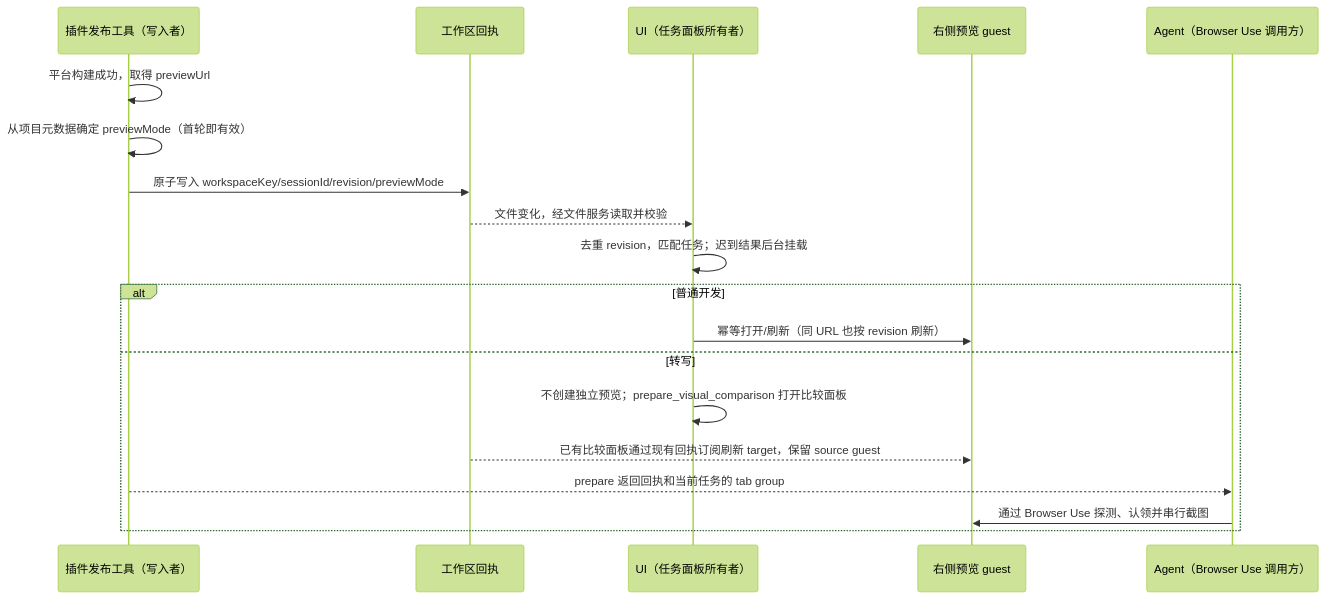
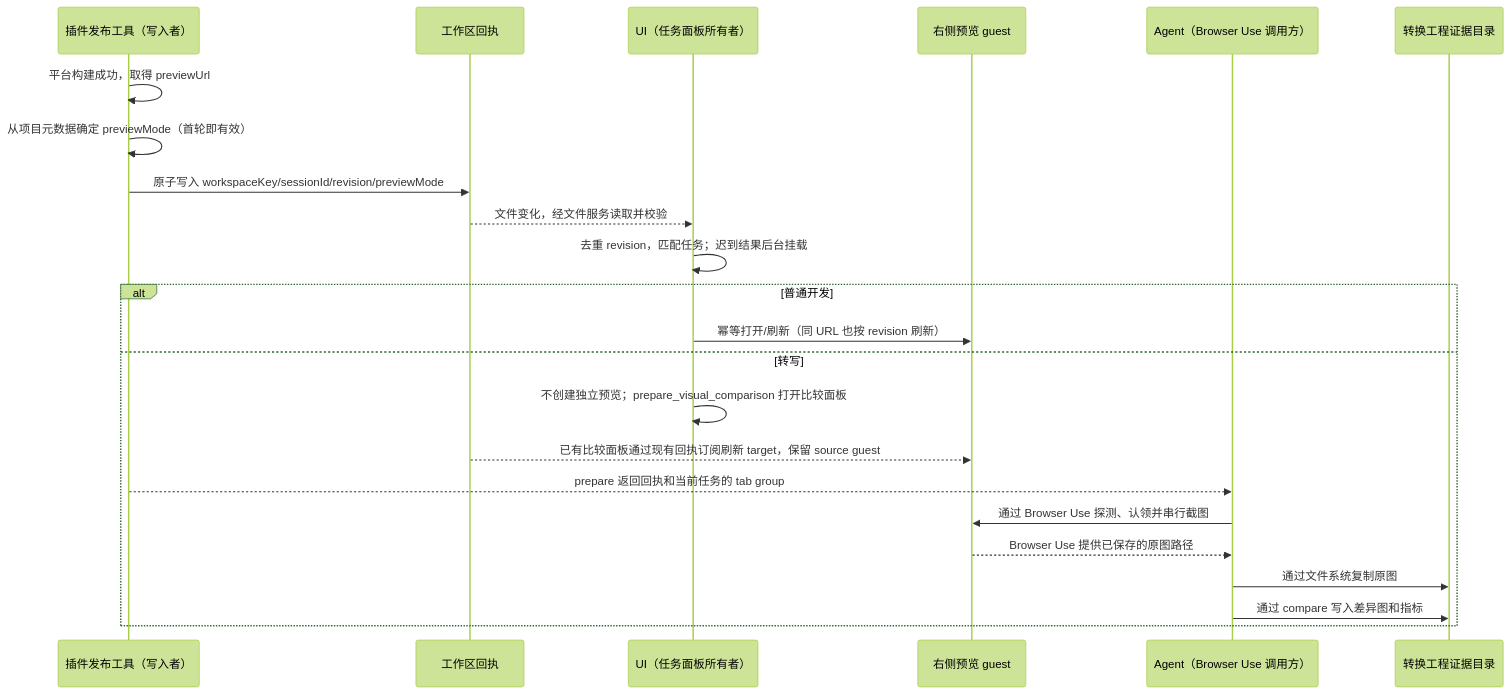
One commit to kaying-ai/KayingCode changed the diagram in apps/zcode-cli/packages/kaying-for-taptap-plugin/spec/preview-workflow.md. Above: the diagram before and after it, drawn with Mermaid (forest theme). The commit also changed other lines of this file and 21 other files, not shown here.

````diff
--- a/apps/zcode-cli/packages/kaying-for-taptap-plugin/spec/preview-workflow.md
+++ b/apps/zcode-cli/packages/kaying-for-taptap-plugin/spec/preview-workflow.md
@@ -19,21 +19,25 @@
 ```mermaid
 sequenceDiagram
     participant P as 插件发布工具（写入者）
     participant R as 工作区回执
     participant U as UI（任务面板所有者）
     participant G as 右侧预览 guest
     participant A as Agent（Browser Use 调用方）
+    participant E as 转换工程证据目录
     P->>P: 平台构建成功，取得 previewUrl
     P->>P: 从项目元数据确定 previewMode（首轮即有效）
     P->>R: 原子写入 workspaceKey/sessionId/revision/previewMode
     R-->>U: 文件变化，经文件服务读取并校验
     U->>U: 去重 revision，匹配任务；迟到结果后台挂载
     alt 普通开发
         U->>G: 幂等打开/刷新（同 URL 也按 revision 刷新）
     else 转写
         U->>U: 不创建独立预览；prepare_visual_comparison 打开比较面板
         R-->>G: 已有比较面板通过现有回执订阅刷新 target，保留 source guest
         P-->>A: prepare 返回回执和当前任务的 tab group
         A->>G: 通过 Browser Use 探测、认领并串行截图
+        G-->>A: Browser Use 提供已保存的原图路径
+        A->>E: 通过文件系统复制原图
+        A->>E: 通过 compare 写入差异图和指标
     end
 ```
````
